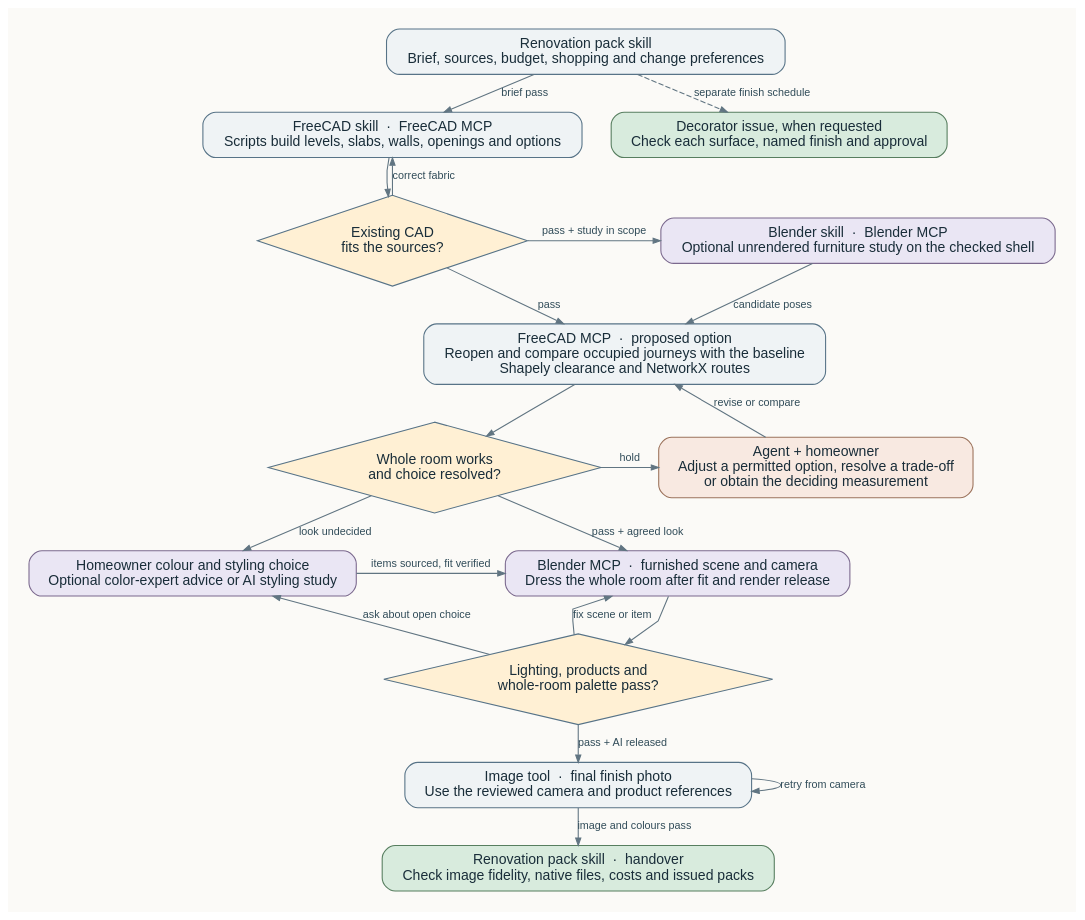
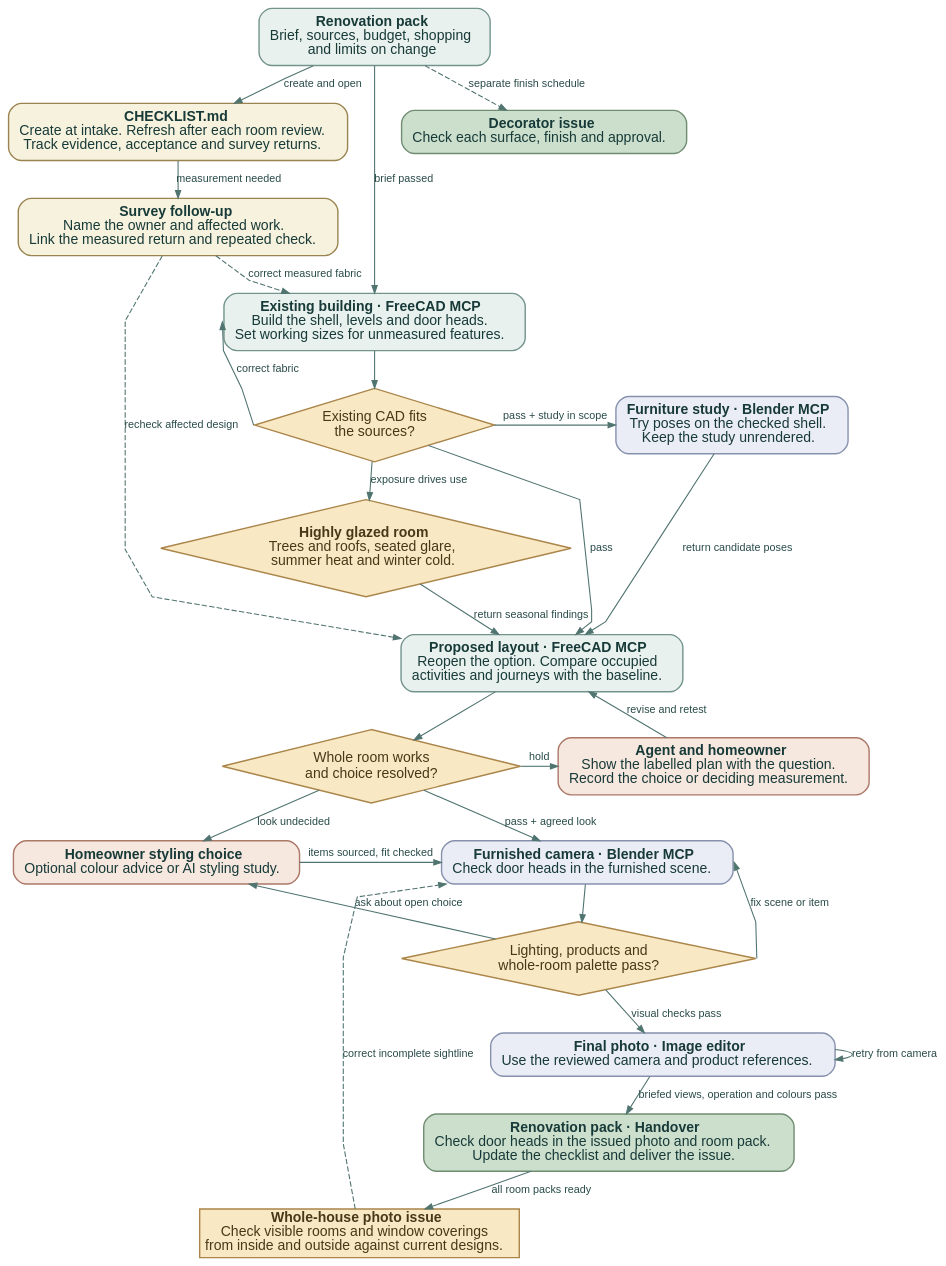
One commit to 1749-io/room-by-room changed the diagram in docs/workflow.dot. Above: the diagram before and after it, drawn with Graphviz. The commit also changed 121 other files, not shown here.

Commit message:
Bring the clean public toolkit up to date and gate release evidence

```diff
--- a/docs/workflow.dot
+++ b/docs/workflow.dot
@@ -1,40 +1,58 @@
+// The room review map. render_workflow.py adds the scope, permission and issue flows.
 digraph Renovation {
-  graph [rankdir=TB, bgcolor="#FBFAF7", pad="0.27", nodesep="0.38", ranksep="0.34", fontname="Arial", splines=polyline]
-  node [shape=box, style="rounded,filled", fillcolor="#EFF3F5", color="#577387", fontname="Arial", fontsize=13, fontcolor="#192D39", margin="0.18,0.10"]
-  edge [color="#617582", arrowsize=0.68, fontname="Arial", fontsize=10, fontcolor="#314C59"]
-  intake [label="Renovation pack skill\nBrief, sources, budget, shopping and change preferences"]
-  shell [label="FreeCAD skill  ·  FreeCAD MCP\nScripts build levels, slabs, walls, openings and options"]
-  fixed [shape=diamond,style=filled,fillcolor="#FFF0D4",label="Existing CAD\nfits the sources?"]
-  study [label="Blender skill  ·  Blender MCP\nOptional unrendered furniture study on the checked shell",fillcolor="#EAE6F4",color="#7B698E"]
-  options [label="FreeCAD MCP  ·  proposed option\nReopen and compare occupied journeys with the baseline\nShapely clearance and NetworkX routes"]
-  living [shape=diamond,style=filled,fillcolor="#FFF0D4",label="Whole room works\nand choice resolved?"]
-  decide [label="Agent + homeowner\nAdjust a permitted option, resolve a trade-off\nor obtain the deciding measurement",fillcolor="#F8E9E1",color="#9C735C"]
-  finish [label="Blender MCP  ·  furnished scene and camera\nDress the whole room after fit and render release",fillcolor="#EAE6F4",color="#7B698E"]
-  style [label="Homeowner colour and styling choice\nOptional color-expert advice or AI styling study",fillcolor="#EAE6F4",color="#7B698E"]
-  fidelity [shape=diamond,style=filled,fillcolor="#FFF0D4",label="Lighting, products and\nwhole-room palette pass?"]
-  ai [label="Image tool  ·  final finish photo\nUse the reviewed camera and product references"]
-  decor [label="Decorator issue, when requested\nCheck each surface, named finish and approval",fillcolor="#D8EBDD",color="#577E5F"]
-  release [label="Renovation pack skill  ·  handover\nCheck image fidelity, native files, costs and issued packs",fillcolor="#D8EBDD",color="#577E5F"]
-  intake -> shell [label="brief pass"]
+  graph [rankdir=TB, bgcolor="transparent", pad="0.12", nodesep="0.22", ranksep="0.32", splines=polyline]
+  node [shape=box, style="rounded,filled", fontname="Arial", fontsize=13, fontcolor="#173A38",
+        color="#73938D", fillcolor="#E8F1ED", penwidth=1.3, margin="0.14,0.1"]
+  edge [fontname="Arial", fontsize=10, fontcolor="#284B48", color="#507470", arrowsize=0.7]
+
+  intake [label=<<B>Renovation pack</B><BR/>Brief, sources, budget, shopping<BR/>and limits on change>]
+  checklist [label=<<B>CHECKLIST.md</B><BR/>Create at intake. Refresh after each room review.<BR/>Track evidence, acceptance and survey returns.>,fillcolor="#F7F2DE",color="#998451"]
+  survey [label=<<B>Survey follow-up</B><BR/>Name the owner and affected work.<BR/>Link the measured return and repeated check.>,fillcolor="#F7F2DE",color="#998451"]
+  shell [label=<<B>Existing building · FreeCAD MCP</B><BR/>Build the shell, levels and door heads.<BR/>Set working sizes for unmeasured features.>]
+  study [label=<<B>Furniture study · Blender MCP</B><BR/>Try poses on the checked shell.<BR/>Keep the study unrendered.>, fillcolor="#EBEDF6", color="#8791AE"]
+  options [label=<<B>Proposed layout · FreeCAD MCP</B><BR/>Reopen the option. Compare occupied<BR/>activities and journeys with the baseline.>]
+  decide [label=<<B>Agent and homeowner</B><BR/>Show the labelled plan with the question.<BR/>Record the choice or deciding measurement.>,fillcolor="#F6E7DF",color="#AC7868"]
+  style [label=<<B>Homeowner styling choice</B><BR/>Optional colour advice or AI styling study.>,fillcolor="#F6E7DF",color="#AC7868"]
+  finish [label=<<B>Furnished camera · Blender MCP</B><BR/>Check door heads in the furnished scene.>,fillcolor="#EBEDF6",color="#8791AE"]
+  ai [label=<<B>Final photo · Image editor</B><BR/>Use the reviewed camera and product references.>,fillcolor="#EBEDF6",color="#8791AE"]
+  decor [label=<<B>Decorator issue</B><BR/>Check each surface, finish and approval.>,fillcolor="#CCDFCD",color="#708D72"]
+  release [label=<<B>Renovation pack · Handover</B><BR/>Check door heads in the issued photo and room pack.<BR/>Update the checklist and deliver the issue.>,fillcolor="#CCDFCD",color="#708D72"]
+  node [shape=diamond, style=filled, fillcolor="#F8E9C4", color="#AB854A", fontcolor="#483817", margin="0.07,0.04"]
+  fixed [label="Existing CAD fits\nthe sources?"]
+  living [label="Whole room works\nand choice resolved?"]
+  fidelity [label="Lighting, products and\nwhole-room palette pass?"]
+
+  intake -> shell [label="brief passed"]
+  intake -> checklist [label="create and open"]
+  checklist -> survey [label="measurement needed"]
+  survey -> shell [label="correct measured fabric",style=dashed]
+  survey -> options [label="recheck affected design",style=dashed]
+  intake -> decor [style=dashed,label="separate finish schedule"]
   shell -> fixed
-  fixed -> shell [label="correct fabric"]
+  fixed -> shell [tailport=w,headport=w,label="correct fabric"]
   fixed -> options [label="pass"]
   fixed -> study [label="pass + study in scope"]
-  study -> options [label="candidate poses"]
+  study -> options [label="return candidate poses"]
+  climate [label=<<B>Highly glazed room</B><BR/>Trees and roofs, seated glare,<BR/>summer heat and winter cold.>]
+  fixed -> climate [label="exposure drives use"]
+  climate -> options [label="return seasonal findings"]
   options -> living
   living -> decide [label="hold"]
-  decide -> options [label="revise or compare"]
+  decide -> options [label="revise and retest"]
   living -> finish [label="pass + agreed look"]
   living -> style [label="look undecided"]
-  style -> finish [label="items sourced, fit verified"]
+  style -> finish [label="items sourced, fit checked"]
   finish -> fidelity
-  fidelity -> finish [label="fix scene or item"]
+  fidelity -> finish [tailport=e,headport=e,label="fix scene or item"]
   fidelity -> style [label="ask about open choice"]
-  fidelity -> ai [label="pass + AI released"]
-  ai -> release [label="image and colours pass"]
+  fidelity -> ai [label="visual checks pass"]
   ai -> ai [label="retry from camera"]
-  intake -> decor [style=dashed,label="separate finish schedule"]
+  ai -> release [label="briefed views, operation and colours pass"]
+
+  assembled [label=<<B>Whole-house photo issue</B><BR/>Check visible rooms and window coverings<BR/>from inside and outside against current designs.>,shape=box]
+  release -> assembled [label="all room packs ready"]
+  assembled -> finish [label="correct incomplete sightline",style=dashed]
   {rank=same; finish; style}
   {rank=same; study; fixed}
   {rank=same; living; decide}
 }
```
